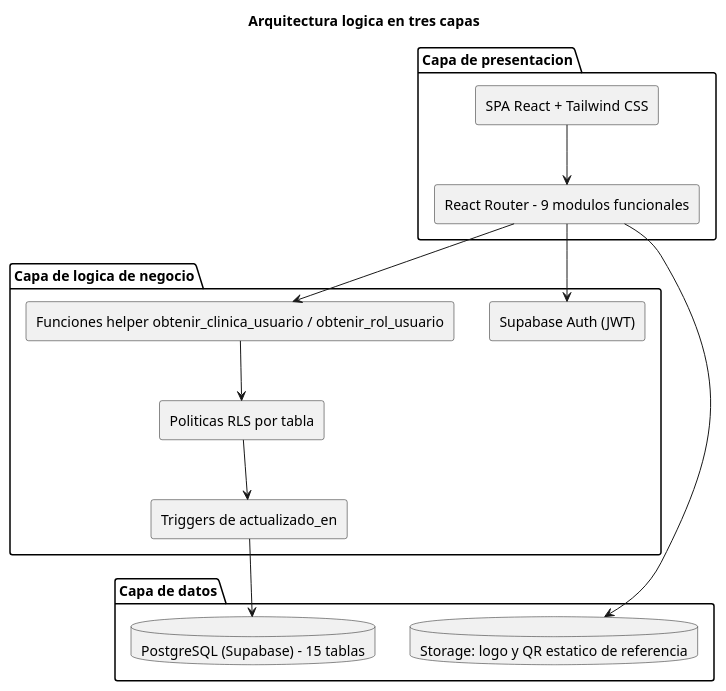
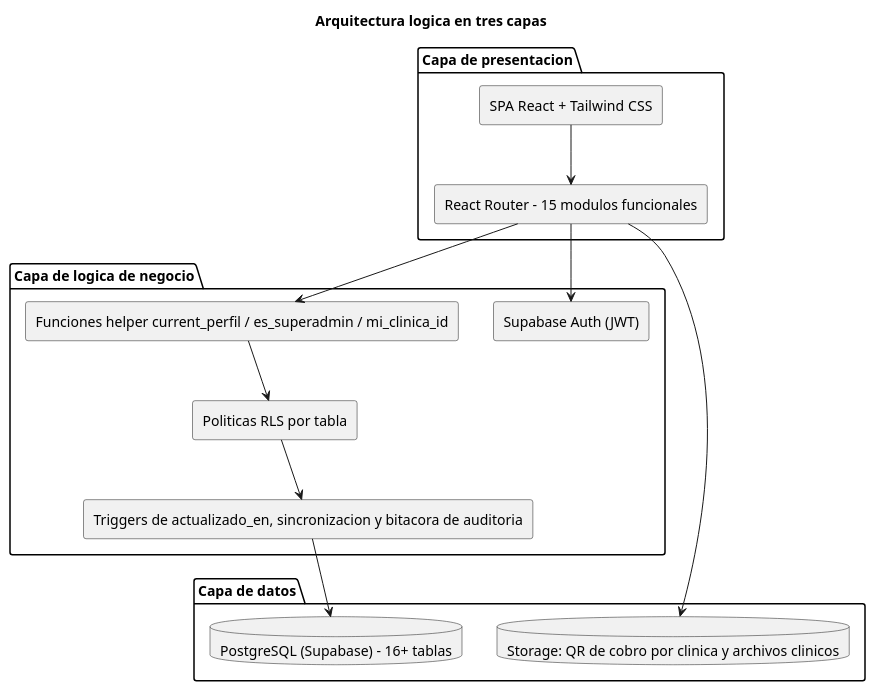
The diagram in docs/figuras_monografia/arquitectura.puml (MattFrs12343/MiDentista), drawn with PlantUML before and after one commit. The commit also changed 13 other files, not shown here.

```diff
--- a/docs/figuras_monografia/arquitectura.puml
+++ b/docs/figuras_monografia/arquitectura.puml
@@ -1,32 +1,32 @@
 @startuml arquitectura
 skinparam componentStyle rectangle
 skinparam shadowing false
 skinparam defaultFontName Arial
 
 title Arquitectura logica en tres capas
 
 package "Capa de presentacion" {
   [SPA React + Tailwind CSS] as p1
-  [React Router - 9 modulos funcionales] as p2
+  [React Router - 15 modulos funcionales] as p2
 }
 
 package "Capa de logica de negocio" {
   [Supabase Auth (JWT)] as l1
-  [Funciones helper obtenir_clinica_usuario / obtenir_rol_usuario] as l2
+  [Funciones helper current_perfil / es_superadmin / mi_clinica_id] as l2
   [Politicas RLS por tabla] as l3
-  [Triggers de actualizado_en] as l4
+  [Triggers de actualizado_en, sincronizacion y bitacora de auditoria] as l4
 }
 
 package "Capa de datos" {
-  database "PostgreSQL (Supabase) - 15 tablas" as d1
-  database "Storage: logo y QR estatico de referencia" as d2
+  database "PostgreSQL (Supabase) - 16+ tablas" as d1
+  database "Storage: QR de cobro por clinica y archivos clinicos" as d2
 }
 
 p1 --> p2
 p2 --> l1
 p2 --> l2
 l2 --> l3
 l3 --> l4
 l4 --> d1
 p2 --> d2
 @enduml
```
